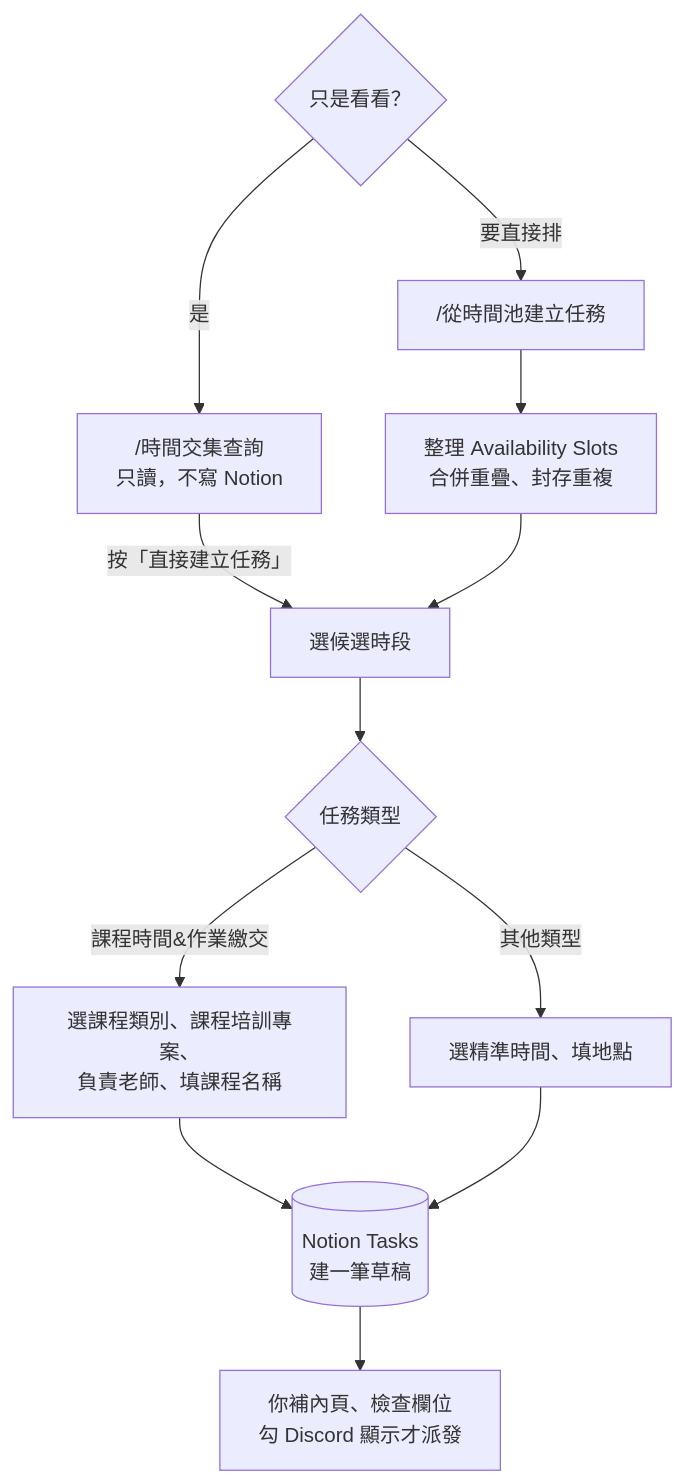
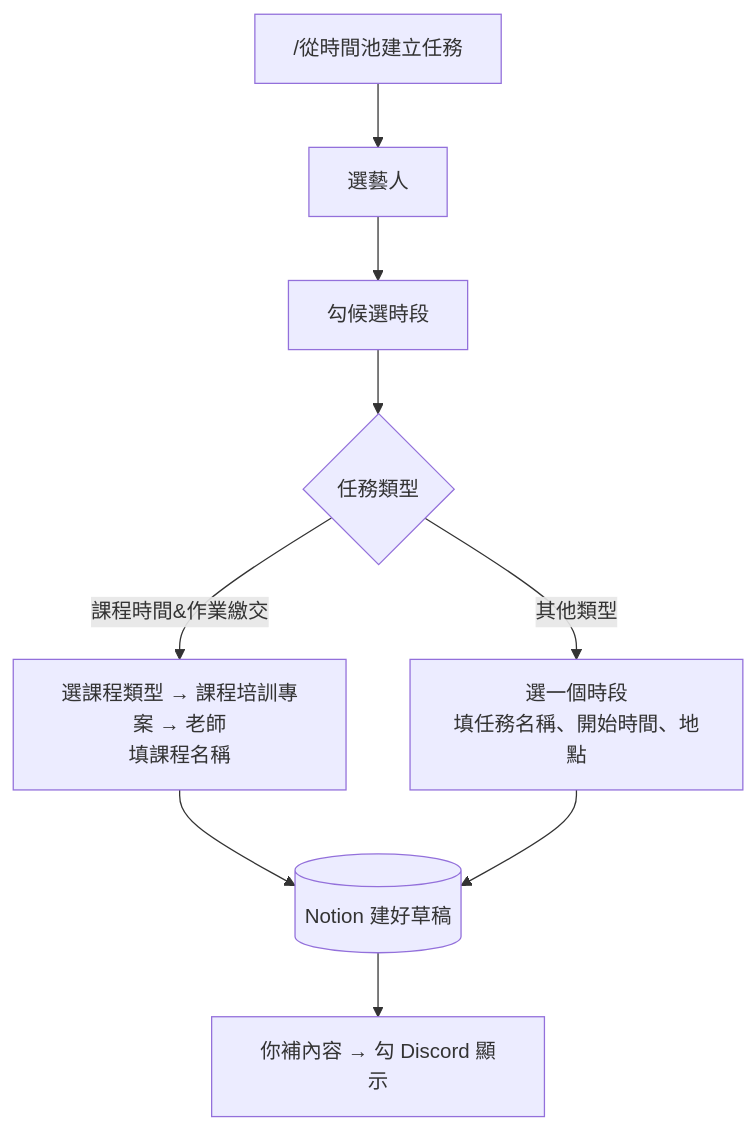
One commit to johnnysun0621/kari-kari-ai-ops changed the fourth of 8 diagrams in docs/sop/ADMIN_SOP.md. Above: the diagram before and after it, drawn with Mermaid. The commit also changed other lines of this file and 85 other files, not shown here.

````diff
--- a/docs/sop/ADMIN_SOP.md
+++ b/docs/sop/ADMIN_SOP.md
@@ -263,13 +342,9 @@
 ```mermaid
 flowchart TD
-  S{"只是看看？"} -- "是" --> Q["/時間交集查詢<br/>只讀，不寫 Notion"]
-  S -- "要直接排" --> P["/從時間池建立任務"]
-  Q -- "按「直接建立任務」" --> C
-  P --> T["整理 Availability Slots<br/>合併重疊、封存重複"] --> C["選候選時段"]
-  C --> K{"任務類型"}
-  K -- "課程時間&作業繳交" --> K1["選課程類別、課程培訓專案、<br/>負責老師、填課程名稱"]
-  K -- "其他類型" --> K2["選精準時間、填地點"]
-  K1 --> D[("Notion Tasks<br/>建一筆草稿")]
-  K2 --> D
-  D --> E["你補內頁、檢查欄位<br/>勾 Discord 顯示才派發"]
+  A["/從時間池建立任務"] --> B["選藝人"] --> C["勾候選時段"] --> D{"任務類型"}
+  D -- "課程時間&作業繳交" --> E["選課程類型 → 課程培訓專案 → 老師<br/>填課程名稱"]
+  D -- "其他類型" --> F["選一個時段<br/>填任務名稱、開始時間、地點"]
+  E --> G[("Notion 建好草稿")]
+  F --> G
+  G --> H["你補內容 → 勾 Discord 顯示"]
 ```
````
